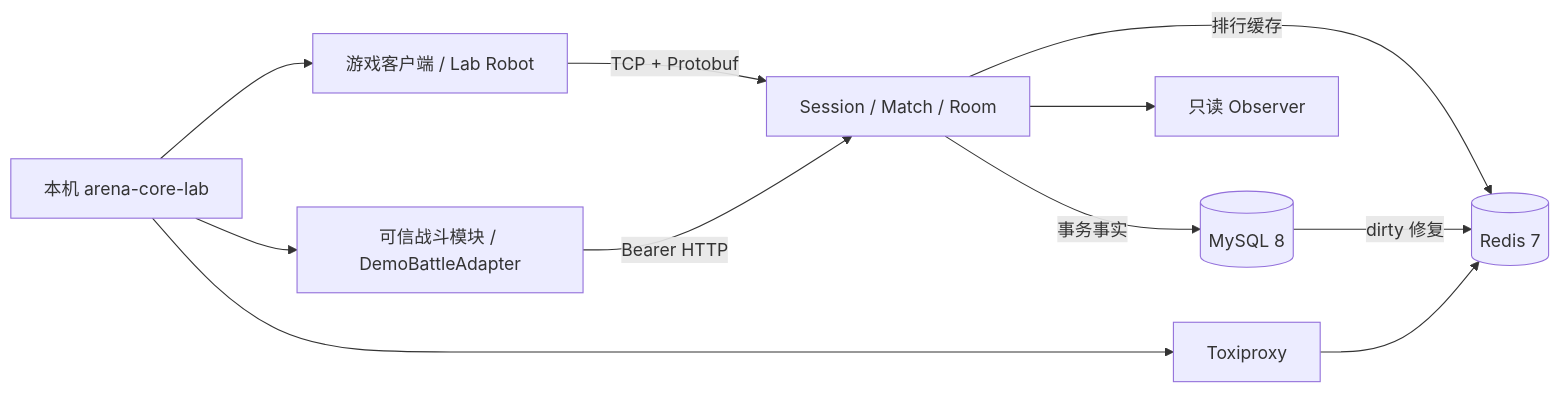
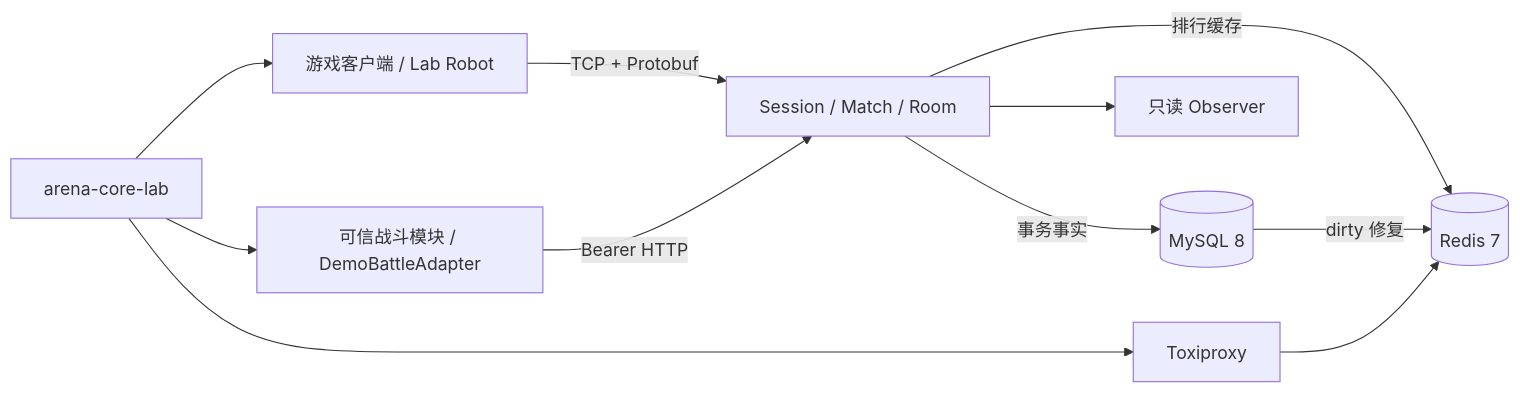
One commit to jingjie2002/arena-core-server changed the diagram in README.md. Above: the diagram before and after it, drawn with Mermaid. The commit also changed other lines of this file, not shown here.

````diff
--- a/README.md
+++ b/README.md
@@ -100,13 +41,13 @@
 ```mermaid
 flowchart LR
   C["游戏客户端 / Lab Robot"] -->|"TCP + Protobuf"| S["Session / Match / Room"]
   B["可信战斗模块 / DemoBattleAdapter"] -->|"Bearer HTTP"| S
   S -->|"事务事实"| M[("MySQL 8")]
   S -->|"排行缓存"| R[("Redis 7")]
   M -->|"dirty 修复"| R
   S --> O["只读 Observer"]
-  L["本机 arena-core-lab"] --> C
+  L["arena-core-lab"] --> C
   L --> B
   L --> T["Toxiproxy"]
   T --> R
 ```
````
